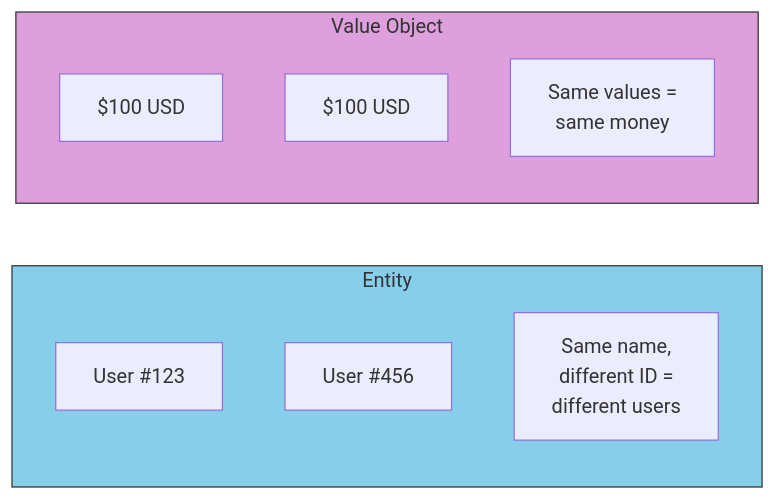
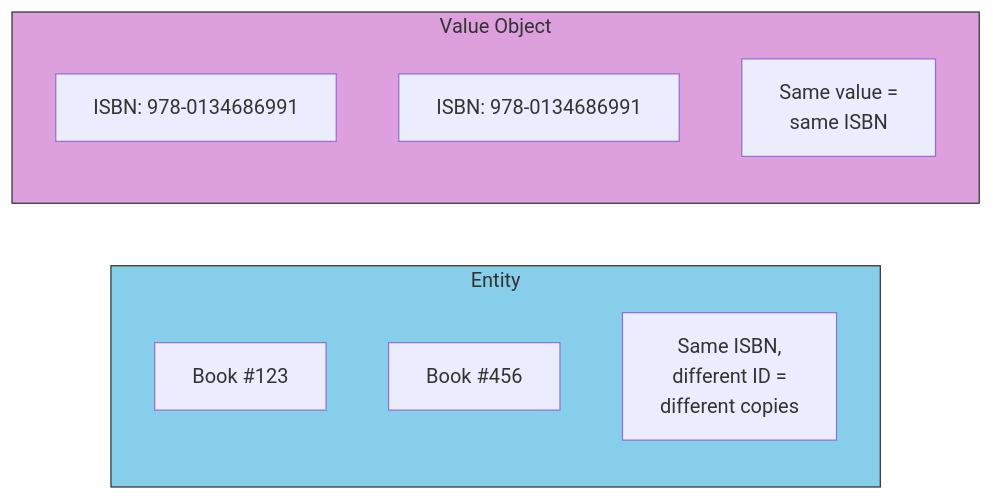
The diagram in backend/data/courses/hexagonal-architecture-building-maintainable-software/lessons/03-the-domain-layer/sublessons/01-value-objects-immutable-values/content.md (jonathanleahy/fullstack-monorepo), drawn with Mermaid before and after one commit. The commit also changed other lines of this file and 50 other files, not shown here.

First line of the commit message:
chore: Update Hexagonal Architecture course content

````diff
--- a/backend/data/courses/hexagonal-architecture-building-maintainable-software/lessons/03-the-domain-layer/sublessons/01-value-objects-immutable-values/content.md
+++ b/backend/data/courses/hexagonal-architecture-building-maintainable-software/lessons/03-the-domain-layer/sublessons/01-value-objects-immutable-values/content.md
@@ -7,19 +15,19 @@
 ```mermaid
 flowchart LR
     subgraph Entity["Entity"]
         direction TB
-        E1["User #123"]
-        E2["User #456"]
-        E3["Same name,<br/>different ID =<br/>different users"]
+        E1["Book #123"]
+        E2["Book #456"]
+        E3["Same ISBN,<br/>different ID =<br/>different copies"]
     end
 
     subgraph VO["Value Object"]
         direction TB
-        V1["$100 USD"]
-        V2["$100 USD"]
-        V3["Same values =<br/>same money"]
+        V1["ISBN: 978-0134686991"]
+        V2["ISBN: 978-0134686991"]
+        V3["Same value =<br/>same ISBN"]
     end
 
     style Entity fill:#87CEEB,stroke:#333
     style VO fill:#DDA0DD,stroke:#333
 ```
````
